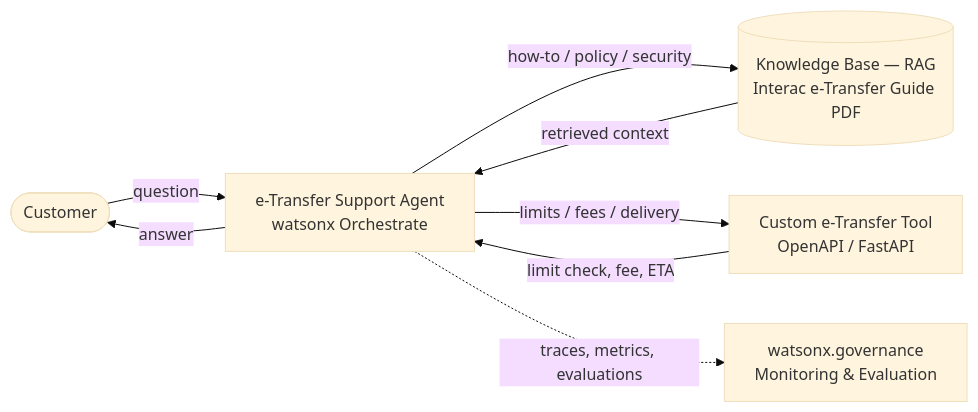
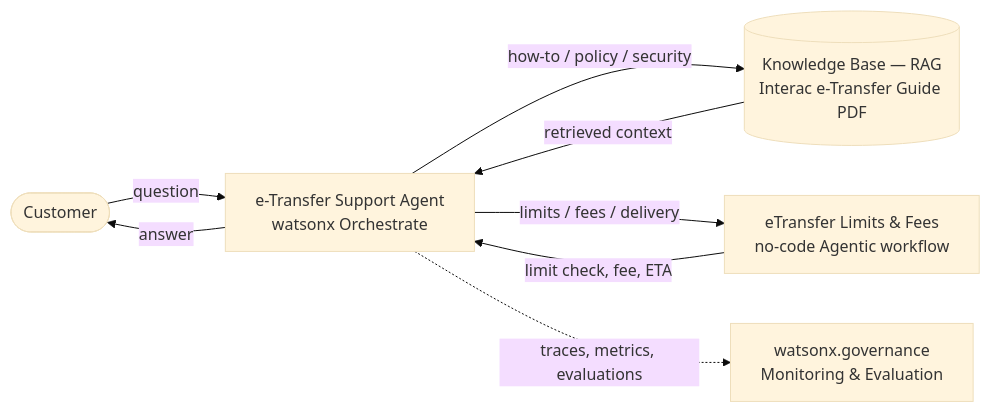
One commit to Austinkkk3/interac-watsonx-labs changed the diagram in Lab 1 - WXO Agent Monitoring/README.md. Above: the diagram before and after it, drawn with Mermaid (base theme). The commit also changed other lines of this file, not shown here.

Commit message:
Lab 1 Part 3: rebuild tool as no-code Agentic workflow

````diff
--- a/Lab 1 - WXO Agent Monitoring/README.md
+++ b/Lab 1 - WXO Agent Monitoring/README.md
@@ -24,10 +24,10 @@
 ```mermaid
 flowchart LR
     U([Customer]) -->|question| AG[e-Transfer Support Agent<br/>watsonx Orchestrate]
     AG -->|how-to / policy / security| KB[(Knowledge Base — RAG<br/>Interac e-Transfer Guide PDF)]
-    AG -->|limits / fees / delivery| TOOL[Custom e-Transfer Tool<br/>OpenAPI / FastAPI]
+    AG -->|limits / fees / delivery| TOOL[eTransfer Limits & Fees<br/>no-code Agentic workflow]
     KB -->|retrieved context| AG
     TOOL -->|limit check, fee, ETA| AG
     AG -->|answer| U
     AG -.->|traces, metrics, evaluations| GOV[watsonx.governance<br/>Monitoring & Evaluation]
 ```
````
